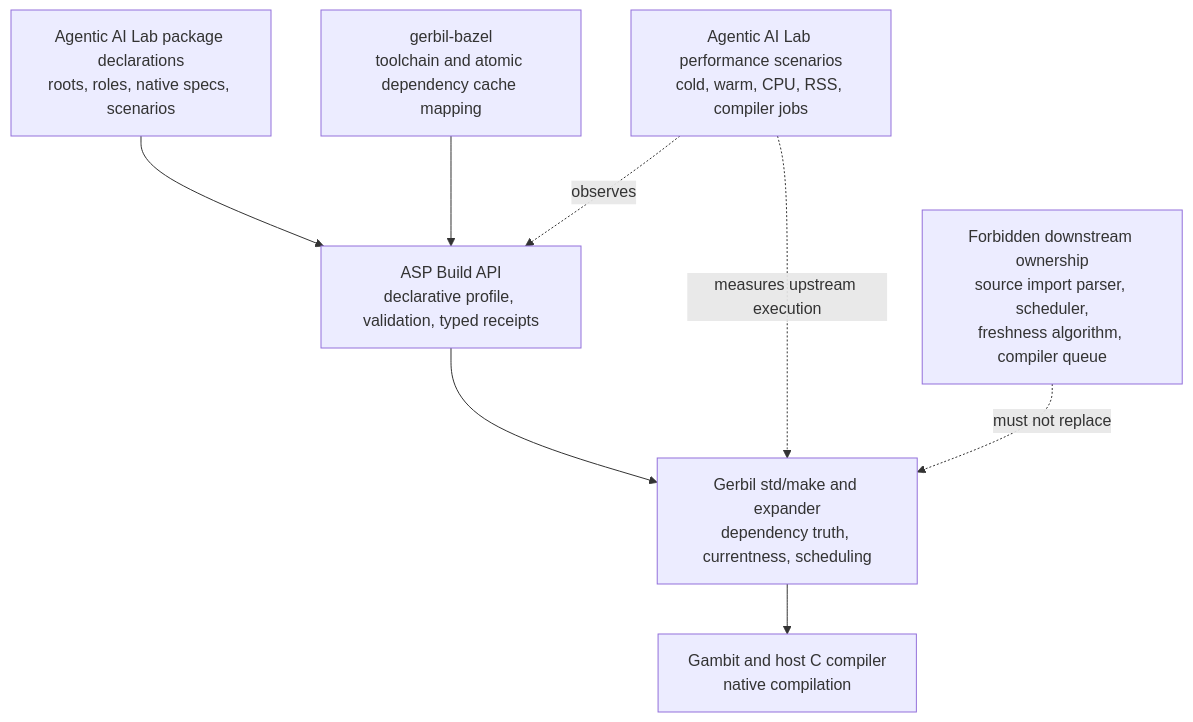
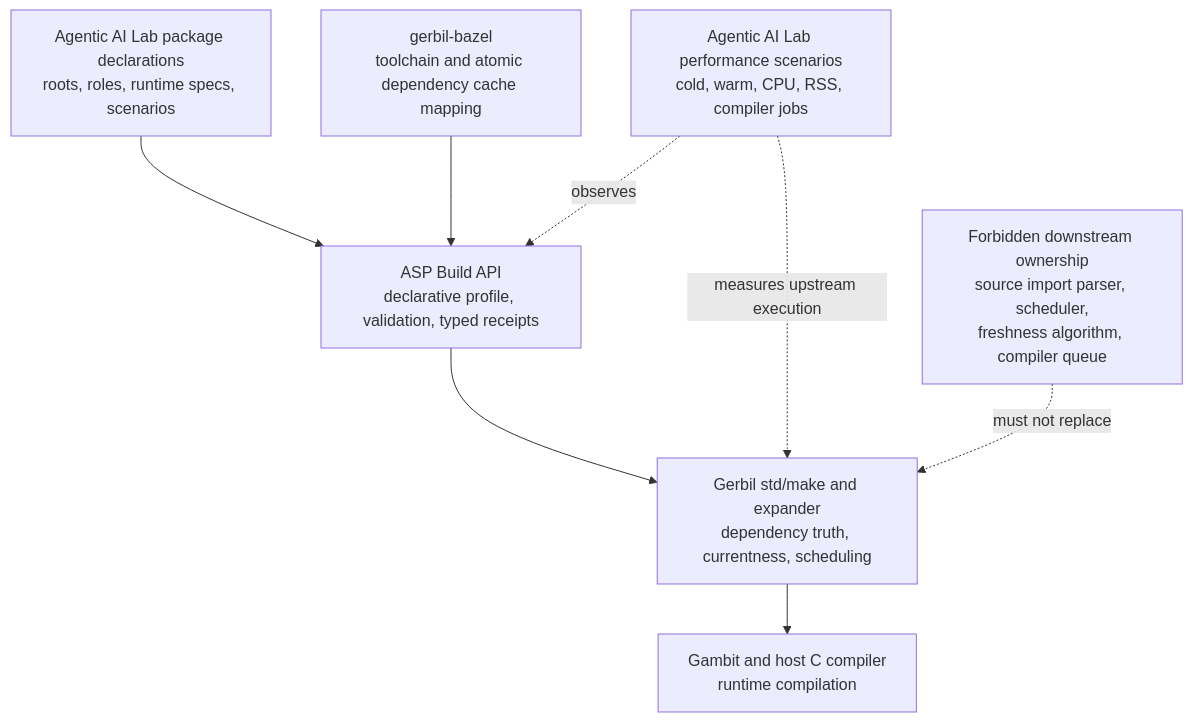
The first of 2 diagrams in module-system/design/39-gerbil-build-optimization-audit.org (tao3k/gebril-yuanxu), drawn with Mermaid before and after one commit. The commit also changed other lines of this file and 1469 other files, not shown here.

```diff
--- a/module-system/design/39-gerbil-build-optimization-audit.org
+++ b/module-system/design/39-gerbil-build-optimization-audit.org
@@ -24,19 +24,19 @@
 #+begin_src mermaid
 flowchart TD
-  P["Agentic AI Lab package declarations<br/>roots, roles, native specs, scenarios"]
+  P["Agentic AI Lab package declarations<br/>roots, roles, runtime specs, scenarios"]
   A["ASP Build API<br/>declarative profile, validation, typed receipts"]
   M["Gerbil std/make and expander<br/>dependency truth, currentness, scheduling"]
-  G["Gambit and host C compiler<br/>native compilation"]
+  G["Gambit and host C compiler<br/>runtime compilation"]
   B["gerbil-bazel<br/>toolchain and atomic dependency cache mapping"]
   C["Agentic AI Lab performance scenarios<br/>cold, warm, CPU, RSS, compiler jobs"]
 
   P --> A
   A --> M
   M --> G
   B --> A
   C -. observes .-> A
   C -. measures upstream execution .-> M
 
   X["Forbidden downstream ownership<br/>source import parser, scheduler,<br/>freshness algorithm, compiler queue"]
   X -. must not replace .-> M
 #+end_src
```
